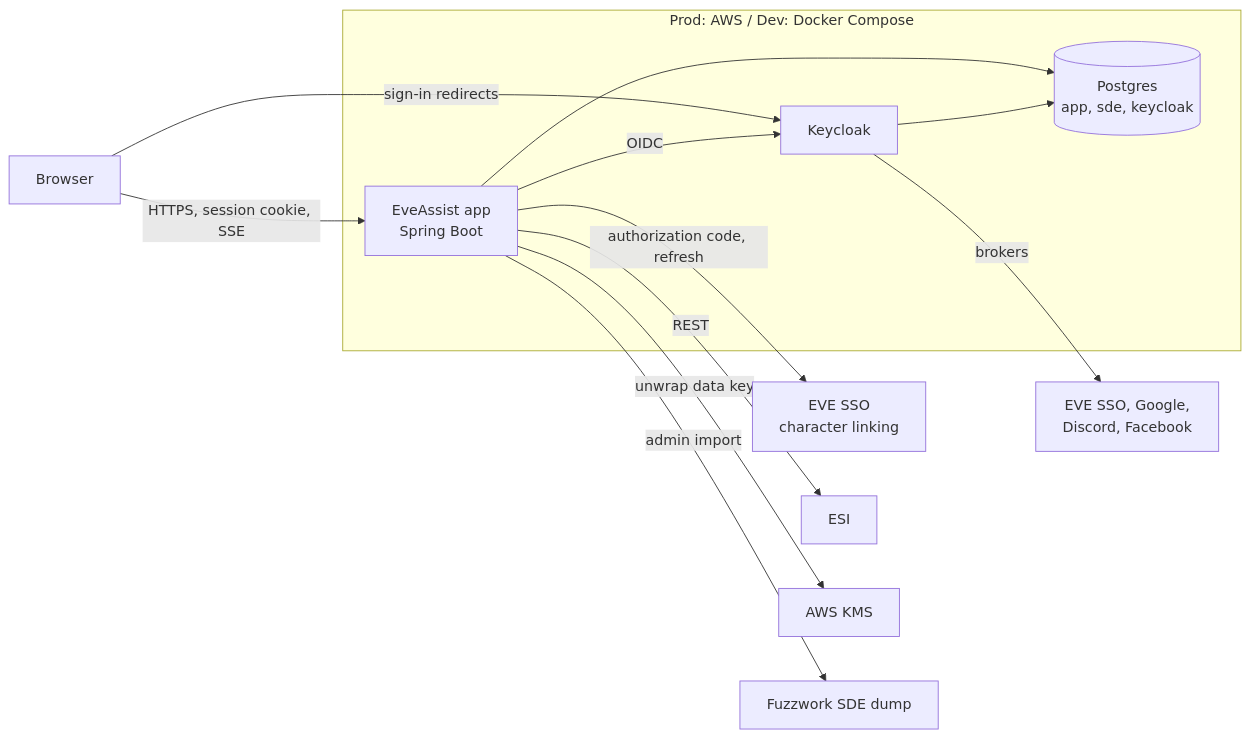
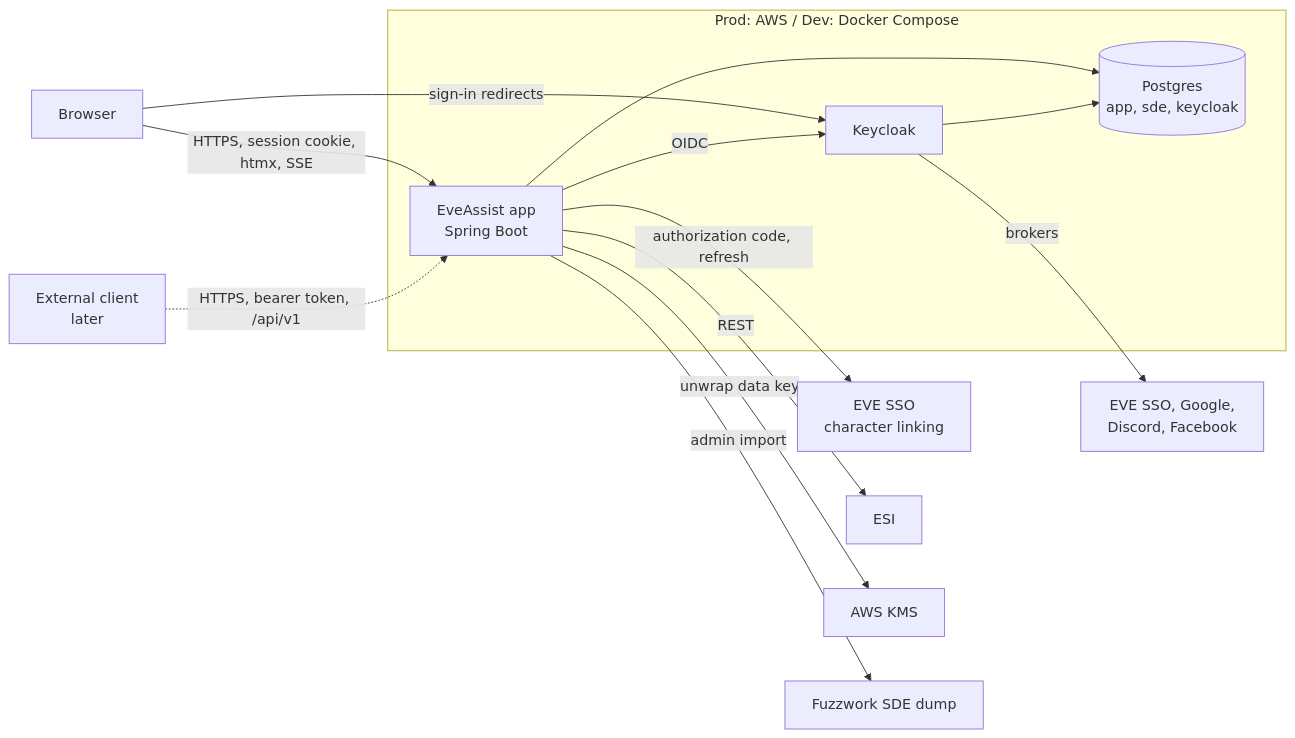
The diagram in documentation/architecture/README.md (tvogel8570/EveAssist), drawn with Mermaid before and after one commit. The commit also changed other lines of this file and 3 other files, not shown here.

First line of the commit message:
Record the UI, module and external API decisions

````diff
--- a/documentation/architecture/README.md
+++ b/documentation/architecture/README.md
@@ -22,25 +23,27 @@
 ```mermaid
 flowchart LR
     browser[Browser]
+    client[External client<br/>later]
     subgraph aws[Prod: AWS / Dev: Docker Compose]
         app[EveAssist app<br/>Spring Boot]
         kc[Keycloak]
         pg[(Postgres<br/>app, sde, keycloak)]
     end
     idp[EVE SSO, Google,<br/>Discord, Facebook]
     sso[EVE SSO<br/>character linking]
     esi[ESI]
     kms[AWS KMS]
     fw[Fuzzwork SDE dump]
 
-    browser -- HTTPS, session cookie, SSE --> app
+    browser -- HTTPS, session cookie, htmx, SSE --> app
     browser -- sign-in redirects --> kc
+    client -. HTTPS, bearer token, /api/v1 .-> app
     kc -- brokers --> idp
     app -- OIDC --> kc
     app --> pg
     kc --> pg
     app -- authorization code, refresh --> sso
     app -- REST --> esi
     app -- unwrap data key --> kms
     app -- admin import --> fw
 ```
````
